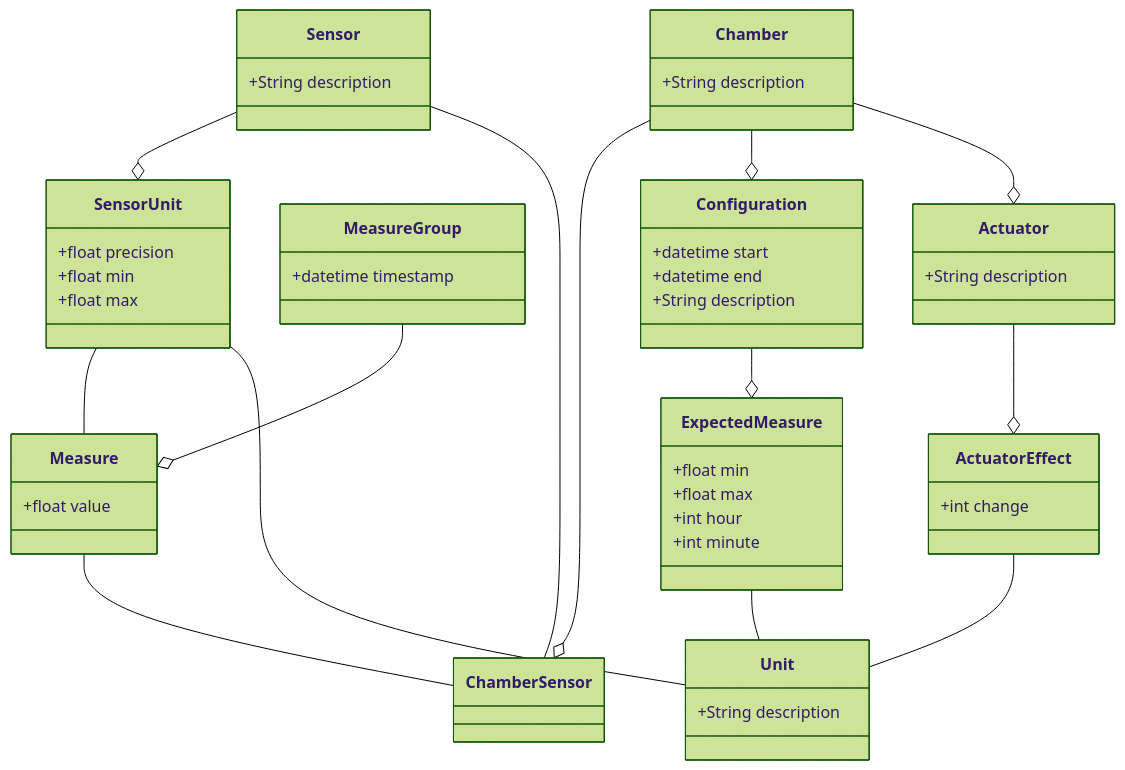
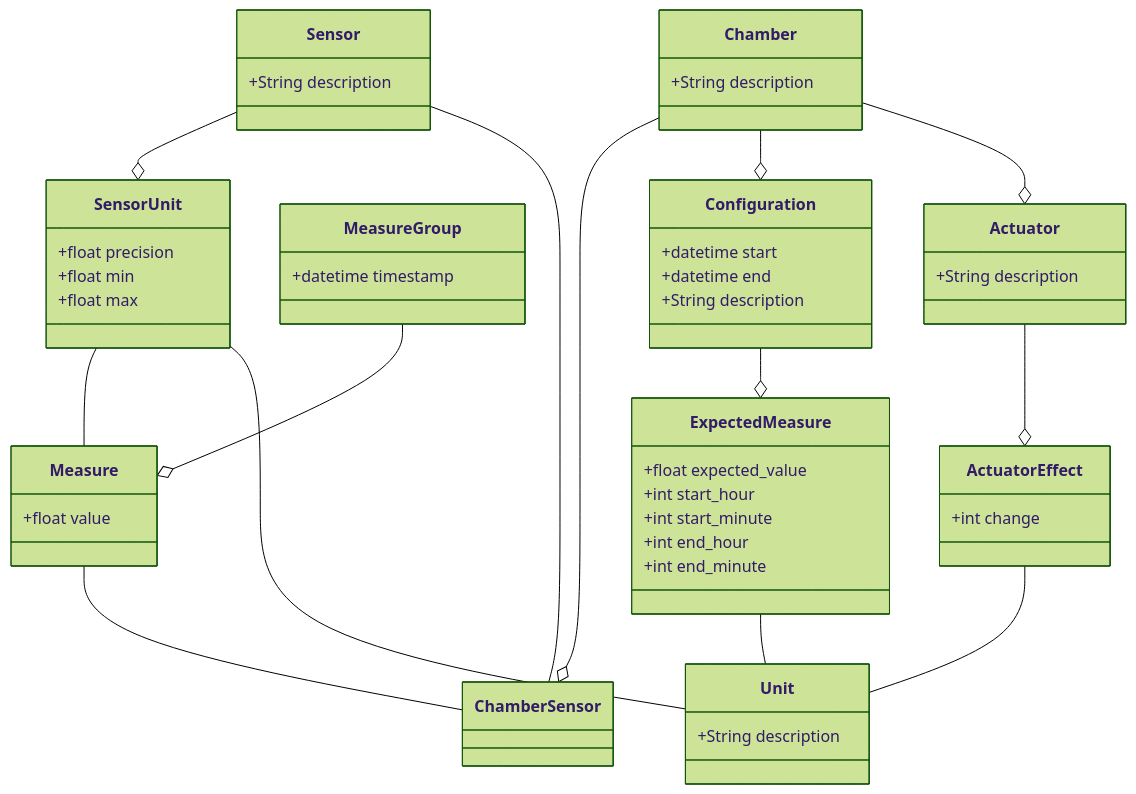
One commit to GrowCab/GC_database changed the diagram in docs/database_design.md. Above: the diagram before and after it, drawn with Mermaid (forest theme). The commit also changed 1 other file, not shown here.

Commit message:
Review of DB schema and models.py update
We seem to have only one start/end pair for the whole `Configuration` but each `ExpectedMeasure` didn't have a way of defining an interval for the day. Added a start/end hour/minute for each `ExpectedMeasure` as to define the from 0000 until 2359 schedule for a day. This is reflected in the `database_design.md` and in the
`models.py`.

A `Configuration` can have a start time from when it is applied, but not necessarily an end_time, this property is now nullable.

Added some back_populate properties to `ExpectedMeasure` and `Configuration`.

Re-sourced some imports as these were unnecessarily tying the configuration in with the models and modelschemas.

````diff
--- a/docs/database_design.md
+++ b/docs/database_design.md
@@ -1,63 +1,64 @@
 ```mermaid
 classDiagram
 
 class Sensor{
     +String description
 }
 
 class SensorUnit{
     +float precision
     +float min
     +float max
 }
 
 class Unit{
     +String description
 }
 
 class MeasureGroup{
     +datetime timestamp
 }
 
 class Measure{
     +float value
 }
 
 class ExpectedMeasure{
-    +float min
-    +float max
-    +int hour
-    +int minute
+    +float expected_value
+    +int start_hour
+    +int start_minute
+    +int end_hour
+    +int end_minute
 }
 class Configuration{
     +datetime start
     +datetime end
     +String description
 }
 class Chamber{
     +String description
 }
 
 class Actuator{
     +String description
 }
 
 class ActuatorEffect{
     +int change
 }
 
 MeasureGroup --o Measure
 Measure -- ChamberSensor
 SensorUnit -- Measure
 Sensor --o SensorUnit
 SensorUnit -- Unit
 Chamber --o ChamberSensor
 Sensor -- ChamberSensor
 ExpectedMeasure -- Unit
 Configuration --o ExpectedMeasure
 Chamber --o Configuration
 Chamber --o Actuator
 Actuator --o ActuatorEffect
 ActuatorEffect -- Unit
 
 ```
````
